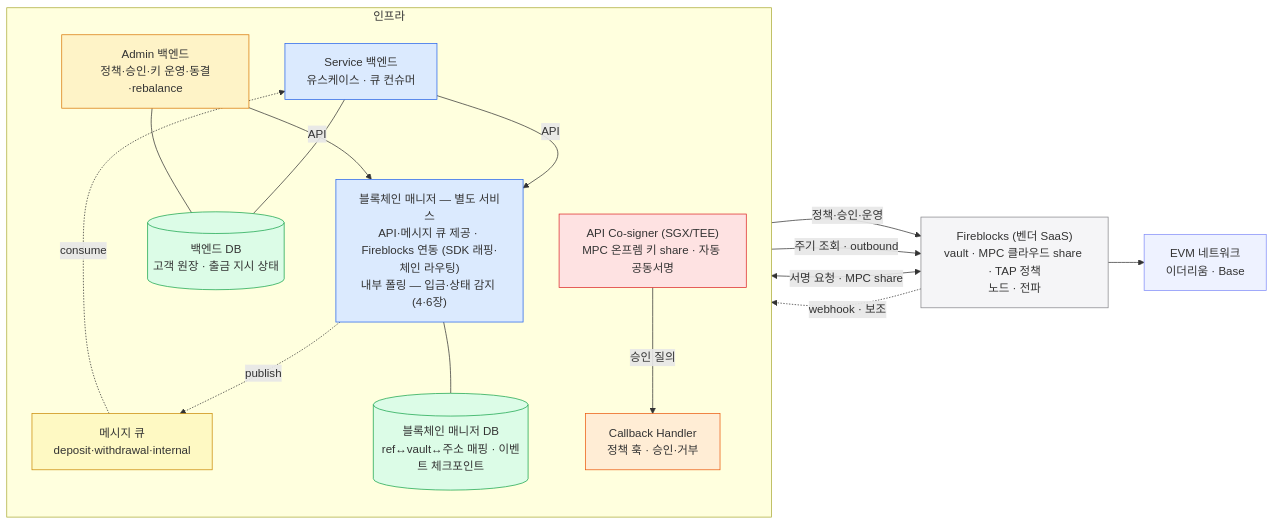
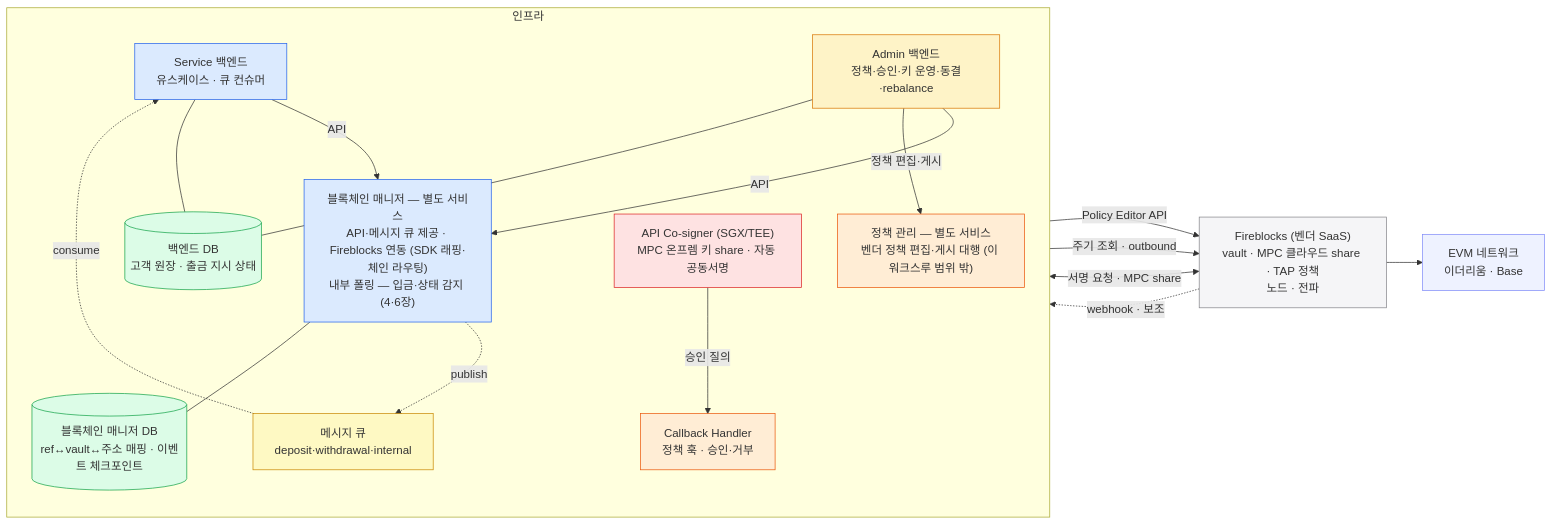
One commit to eunsujeo/eunpus changed the second of 2 diagrams in blockchain-manager/docs/블록체인매니저/설계/00-cast.md. Above: the diagram before and after it, drawn with Mermaid. The commit also changed other lines of this file and 9 other files, not shown here.

````diff
--- a/blockchain-manager/docs/블록체인매니저/설계/00-cast.md
+++ b/blockchain-manager/docs/블록체인매니저/설계/00-cast.md
@@ -54,47 +54,49 @@
 ```mermaid
 flowchart LR
     subgraph OUR["인프라"]
       direction TB
       SVCBE["Service 백엔드<br/>유스케이스 · 큐 컨슈머"]
       ADMBE["Admin 백엔드<br/>정책·승인·키 운영·동결·rebalance"]
       BM["블록체인 매니저 — 별도 서비스<br/>API·메시지 큐 제공 · Fireblocks 연동 (SDK 래핑·체인 라우팅)<br/>내부 폴링 — 입금·상태 감지 (4·6장)"]
       MQ["메시지 큐<br/>deposit·withdrawal·internal"]
       BDB[("백엔드 DB<br/>고객 원장 · 출금 지시 상태")]
       MDB[("블록체인 매니저 DB<br/>ref↔vault↔주소 매핑 · 이벤트 체크포인트")]
       COS["API Co-signer (SGX/TEE)<br/>MPC 온프렘 키 share · 자동 공동서명"]
       CB["Callback Handler<br/>정책 훅 · 승인·거부"]
+      PADM["정책 관리 — 별도 서비스<br/>벤더 정책 편집·게시 대행 (이 워크스루 범위 밖)"]
     end
     FBV["Fireblocks (벤더 SaaS)<br/>vault · MPC 클라우드 share · TAP 정책<br/>노드 · 전파"]
     EVM["EVM 네트워크<br/>이더리움 · Base"]
 
     SVCBE -->|API| BM
     ADMBE -->|API| BM
     BM -.->|publish| MQ
     MQ -.->|consume| SVCBE
-    ADMBE -->|정책·승인·운영| FBV
+    ADMBE -->|정책 편집·게시| PADM
+    PADM -->|Policy Editor API| FBV
     SVCBE --- BDB
     ADMBE --- BDB
     BM --- MDB
     FBV <-->|서명 요청 · MPC share| COS
     COS -->|승인 질의| CB
     BM -->|주기 조회 · outbound| FBV
     FBV -.->|webhook · 보조| BM
     FBV --> EVM
 
     classDef svc fill:#dbeafe,stroke:#2563eb;
     classDef adm fill:#fef3c7,stroke:#d97706;
     classDef sec fill:#fee2e2,stroke:#dc2626;
     classDef data fill:#dcfce7,stroke:#16a34a;
     classDef vendor fill:#f5f5f7,stroke:#86868b;
     classDef ext fill:#eef2ff,stroke:#818cf8;
     classDef policy fill:#ffedd5,stroke:#ea580c;
     classDef mq fill:#fef9c3,stroke:#ca8a04;
     class SVCBE,BM svc
     class ADMBE adm
     class COS sec
-    class CB policy
+    class CB,PADM policy
     class BDB,MDB data
     class FBV vendor
     class EVM ext
     class MQ mq
 ```
````
